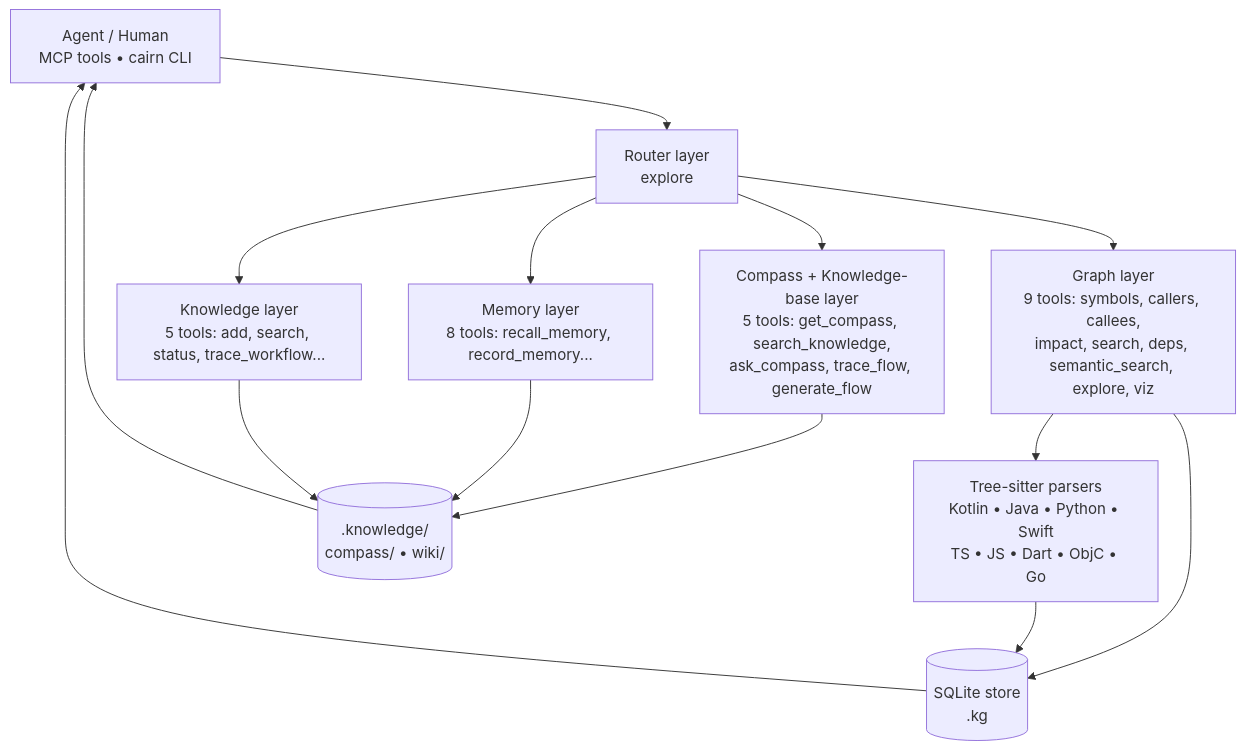
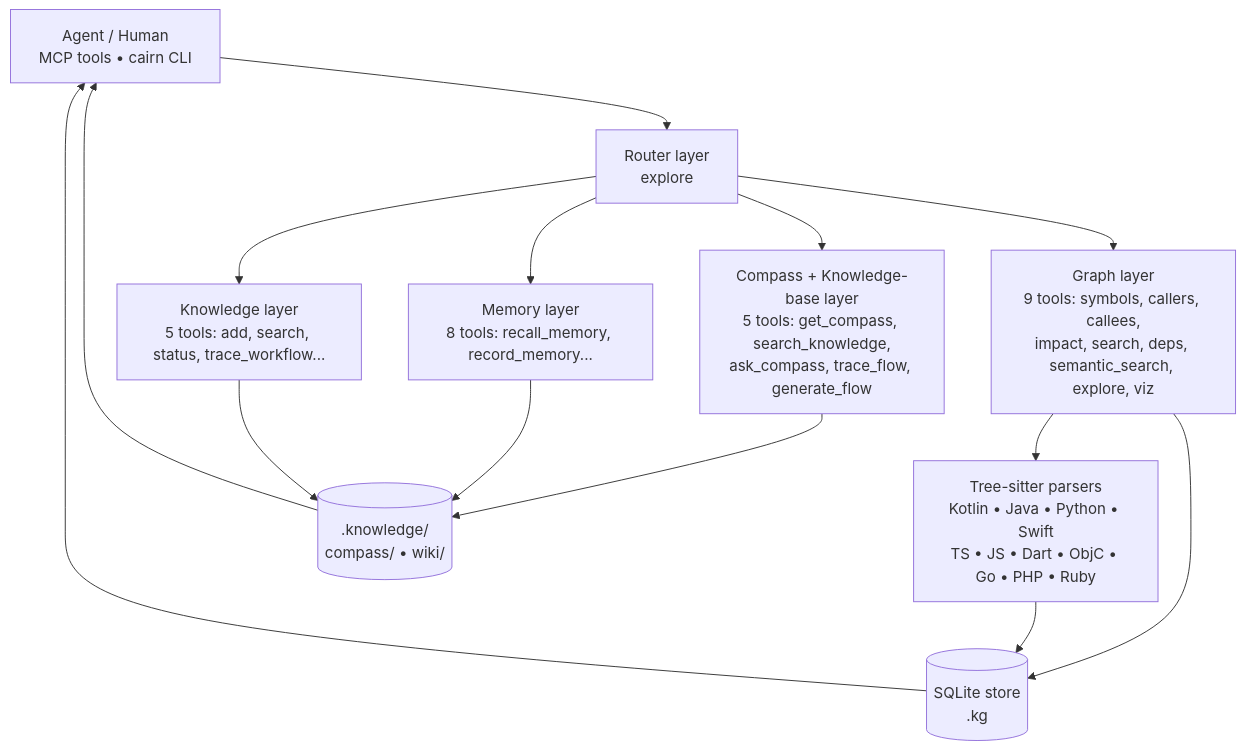
One commit to tanlnm512/cairn changed the first of 2 diagrams in docs/architecture.md. Above: the diagram before and after it, drawn with Mermaid. The commit also changed other lines of this file and 7 other files, not shown here.

````diff
--- a/docs/architecture.md
+++ b/docs/architecture.md
@@ -48,16 +48,16 @@
 ```mermaid
 flowchart TD
     A["Agent / Human<br/>MCP tools • cairn CLI"] --> R["Router layer<br/>explore"]
     R --> L1["Graph layer<br/>9 tools: symbols, callers, callees,<br/>impact, search, deps, semantic_search, explore, viz"]
     R --> L2["Compass + Knowledge-base layer<br/>5 tools: get_compass, search_knowledge,<br/>ask_compass, trace_flow, generate_flow"]
     R --> L4["Memory layer<br/>8 tools: recall_memory, record_memory..."]
     R --> L5["Knowledge layer<br/>5 tools: add, search, status, trace_workflow..."]
-    L1 --> P["Tree-sitter parsers<br/>Kotlin • Java • Python • Swift<br/>TS • JS • Dart • ObjC • Go"]
+    L1 --> P["Tree-sitter parsers<br/>Kotlin • Java • Python • Swift<br/>TS • JS • Dart • ObjC • Go • PHP • Ruby"]
     L1 --> DB[("SQLite store<br/>.kg")]
     L2 --> KB[(".knowledge/<br/>compass/ • wiki/")]
     L4 --> KB
     L5 --> KB
     P --> DB
     DB --> A
     KB --> A
 ```
````
